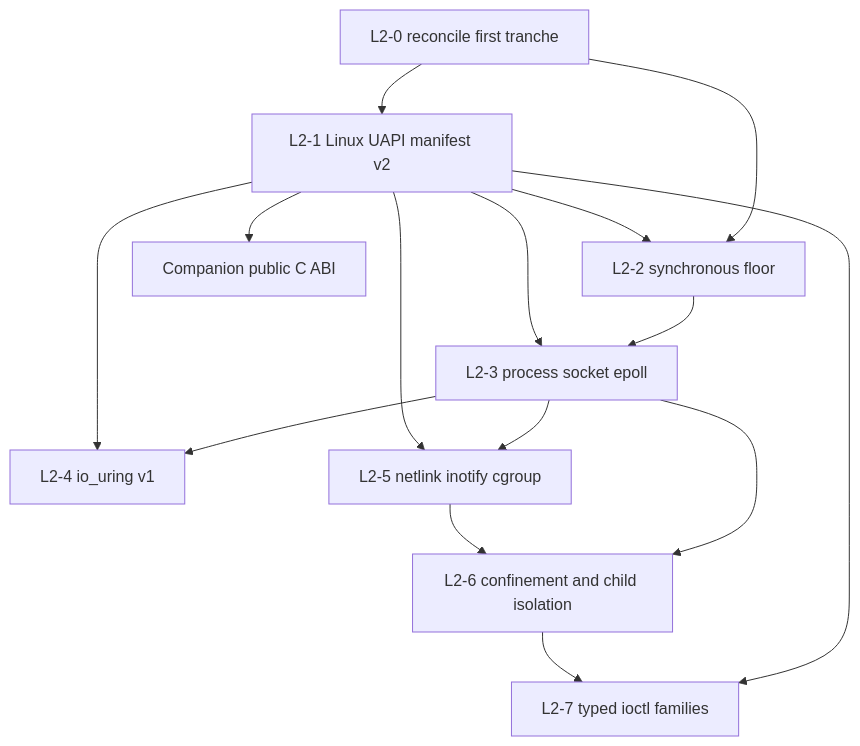
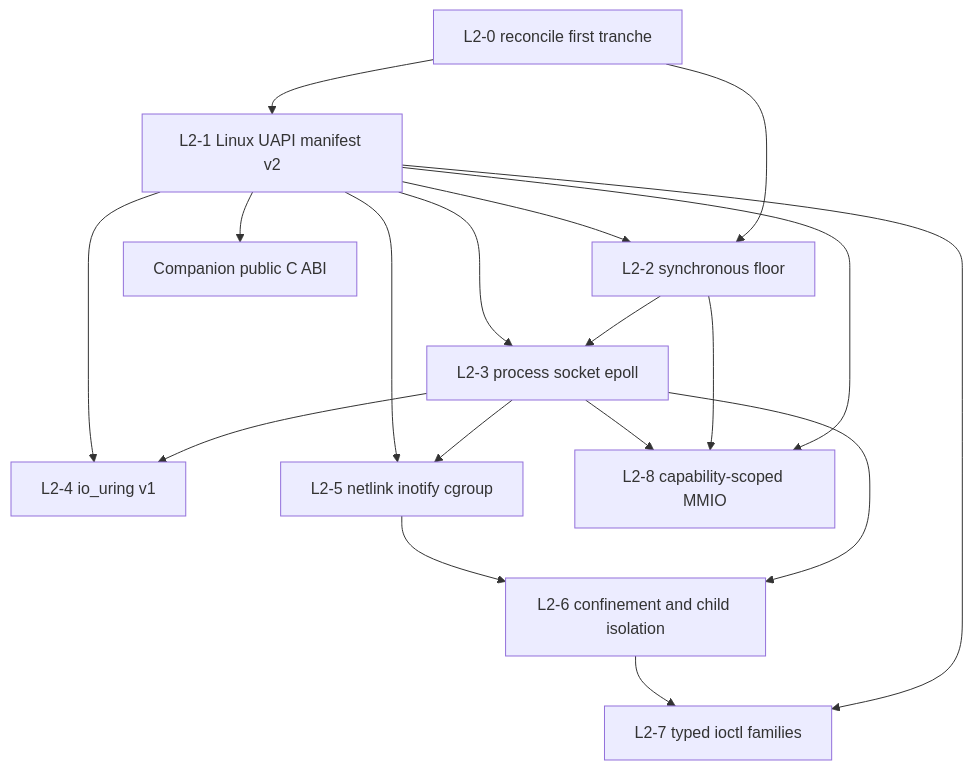
The second of 2 diagrams in research/linux-abi-ii-work-program-proposal.md (ken-topos/ken), drawn with Mermaid before and after one commit. The commit also changed other lines of this file, not shown here.

Commit message:
research: clarify MMIO and atomics in Linux ABI II

````diff
--- a/research/linux-abi-ii-work-program-proposal.md
+++ b/research/linux-abi-ii-work-program-proposal.md
@@ -572,27 +711,31 @@
 ```mermaid
 flowchart TD
     L20[L2-0 reconcile first tranche]
     L21[L2-1 Linux UAPI manifest v2]
     L22[L2-2 synchronous floor]
     L23[L2-3 process socket epoll]
     L24[L2-4 io_uring v1]
     L25[L2-5 netlink inotify cgroup]
     L26[L2-6 confinement and child isolation]
     L27[L2-7 typed ioctl families]
+    L28[L2-8 capability-scoped MMIO]
     CABI[Companion public C ABI]
 
     L20 --> L21
     L20 --> L22
     L21 --> L22
     L22 --> L23
     L21 --> L23
     L23 --> L24
     L21 --> L24
     L23 --> L25
     L21 --> L25
     L23 --> L26
     L25 --> L26
     L21 --> L27
     L26 --> L27
+    L21 --> L28
+    L22 --> L28
+    L23 --> L28
     L21 --> CABI
 ```
````
